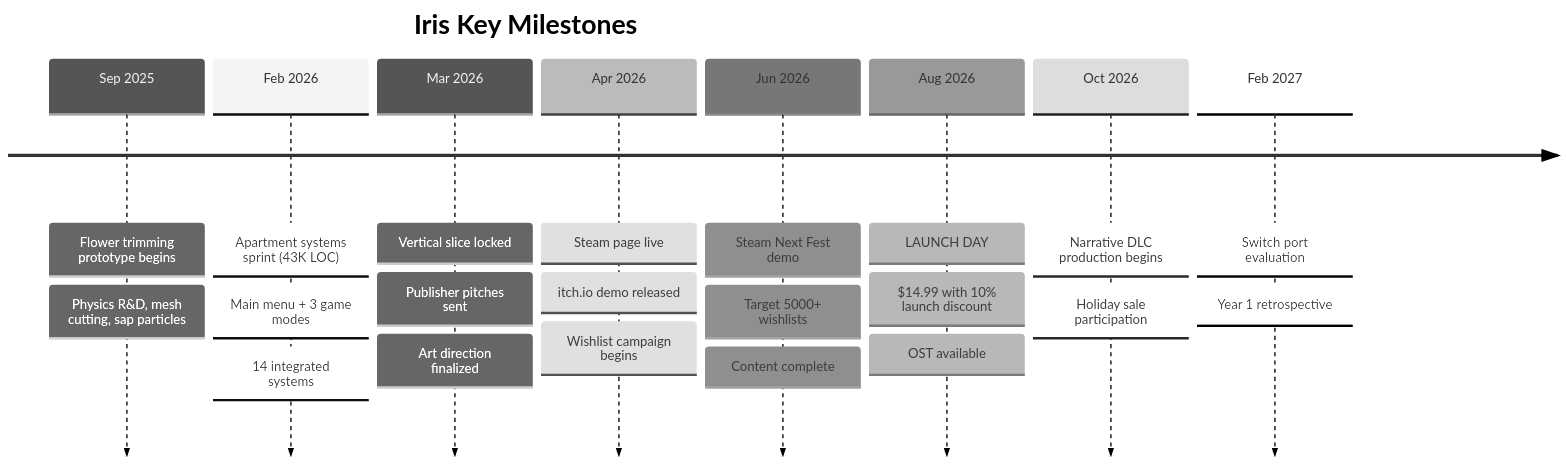
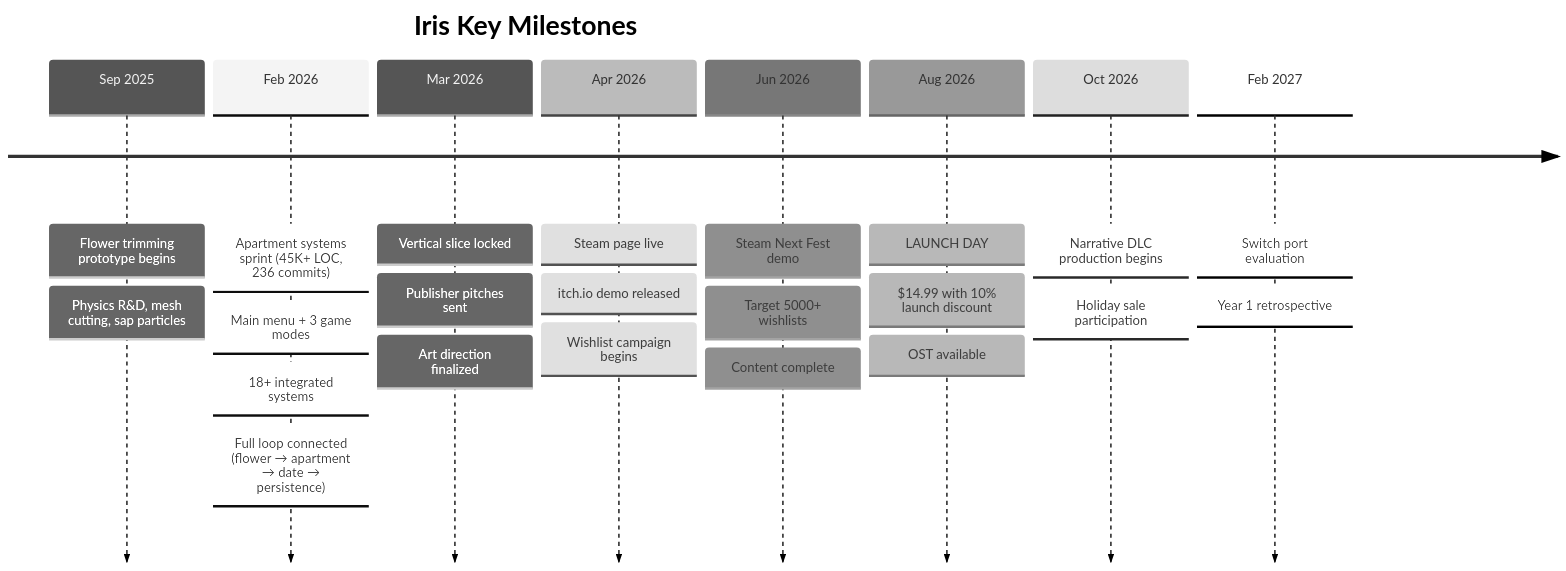
Diagram 30 of 30 in docs/IRIS_REPORT.md (MartyChouette/iris_v3.0), drawn with Mermaid (neutral theme) before and after one commit. The commit also changed other lines of this file and 1 other file, not shown here.

````diff
--- a/docs/IRIS_REPORT.md
+++ b/docs/IRIS_REPORT.md
@@ -1067,25 +1120,26 @@
 ```mermaid
 timeline
     title Iris Key Milestones
     Sep 2025 : Flower trimming prototype begins
              : Physics R&D, mesh cutting, sap particles
-    Feb 2026 : Apartment systems sprint (43K LOC)
+    Feb 2026 : Apartment systems sprint (45K+ LOC, 236 commits)
              : Main menu + 3 game modes
-             : 14 integrated systems
+             : 18+ integrated systems
+             : Full loop connected (flower → apartment → date → persistence)
     Mar 2026 : Vertical slice locked
              : Publisher pitches sent
              : Art direction finalized
     Apr 2026 : Steam page live
              : itch.io demo released
              : Wishlist campaign begins
     Jun 2026 : Steam Next Fest demo
              : Target 5000+ wishlists
              : Content complete
     Aug 2026 : LAUNCH DAY
              : $14.99 with 10% launch discount
              : OST available
     Oct 2026 : Narrative DLC production begins
              : Holiday sale participation
     Feb 2027 : Switch port evaluation
              : Year 1 retrospective
 ```
````
